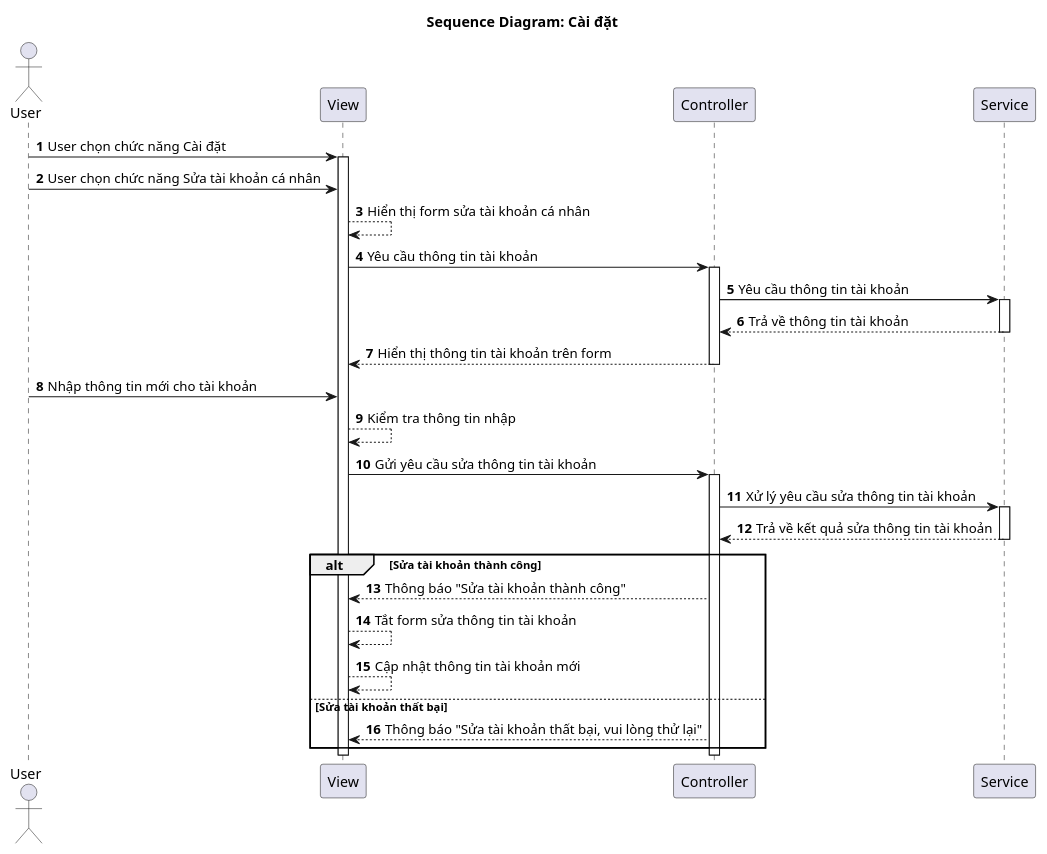
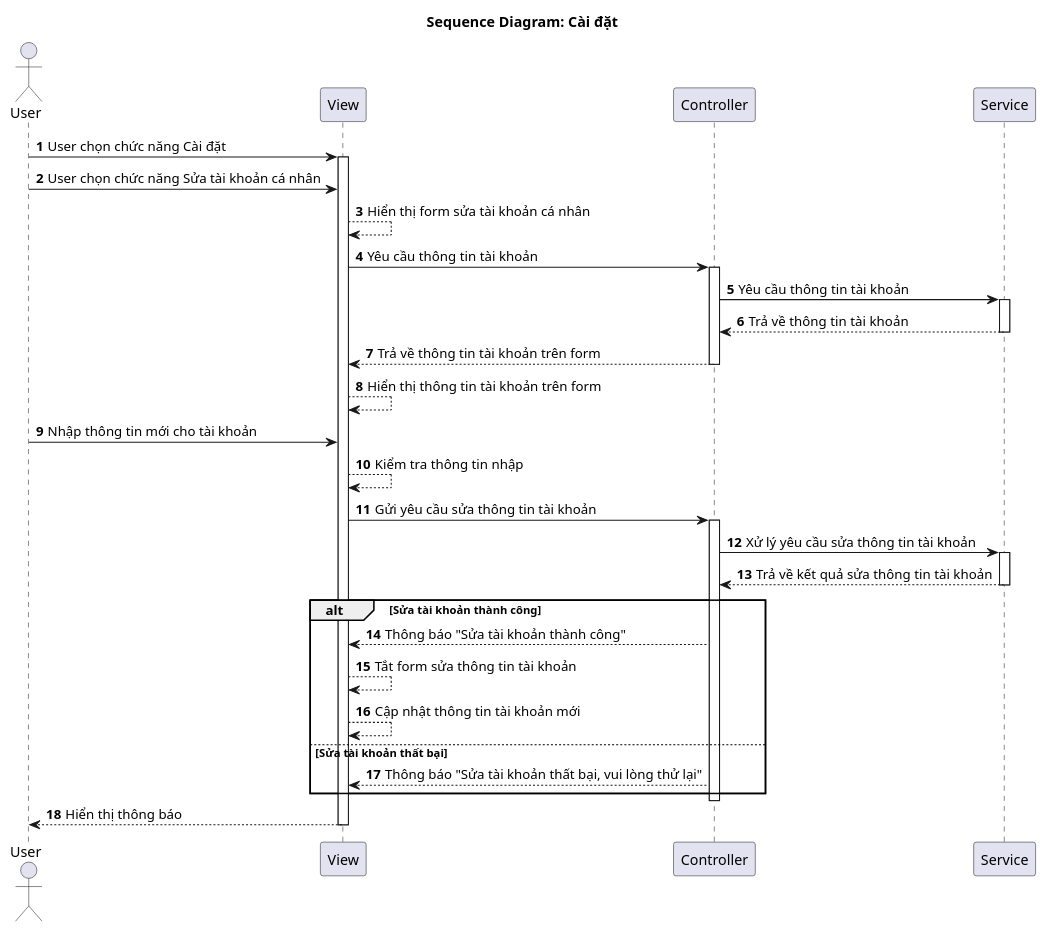
The diagram in Diagrams/SequenceDiagram/SettingsSD.plantuml (vinh047/soundwave), drawn with PlantUML before and after one commit. The commit also changed 24 other files, not shown here.

Commit message:
Đổi đường đi của Hiển thị trong SD

```diff
--- a/Diagrams/SequenceDiagram/SettingsSD.plantuml
+++ b/Diagrams/SequenceDiagram/SettingsSD.plantuml
@@ -1,42 +1,44 @@
 @startuml SD
 
 actor "User" as User
 participant "View" as View
 participant "Controller" as Controller
 participant "Service" as Service
 
 title Sequence Diagram: Cài đặt
 
 autonumber
 
 User -> View: User chọn chức năng Cài đặt
 activate View
 User -> View: User chọn chức năng Sửa tài khoản cá nhân
 View --> View: Hiển thị form sửa tài khoản cá nhân
 View -> Controller: Yêu cầu thông tin tài khoản
 activate Controller
 Controller -> Service: Yêu cầu thông tin tài khoản
 activate Service
 Service --> Controller: Trả về thông tin tài khoản
 deactivate Service
-Controller --> View: Hiển thị thông tin tài khoản trên form
+Controller --> View: Trả về thông tin tài khoản trên form
 deactivate Controller
+View --> View: Hiển thị thông tin tài khoản trên form
 
 User -> View: Nhập thông tin mới cho tài khoản
 View --> View: Kiểm tra thông tin nhập
 View -> Controller: Gửi yêu cầu sửa thông tin tài khoản
 activate Controller
 Controller -> Service: Xử lý yêu cầu sửa thông tin tài khoản
 activate Service
 Service --> Controller: Trả về kết quả sửa thông tin tài khoản
 deactivate Service
 alt Sửa tài khoản thành công
     Controller --> View: Thông báo "Sửa tài khoản thành công"
     View --> View: Tắt form sửa thông tin tài khoản
     View --> View: Cập nhật thông tin tài khoản mới
 else Sửa tài khoản thất bại
     Controller --> View: Thông báo "Sửa tài khoản thất bại, vui lòng thử lại"
 end
 deactivate Controller
+View --> User: Hiển thị thông báo
 deactivate View
 @enduml
```
